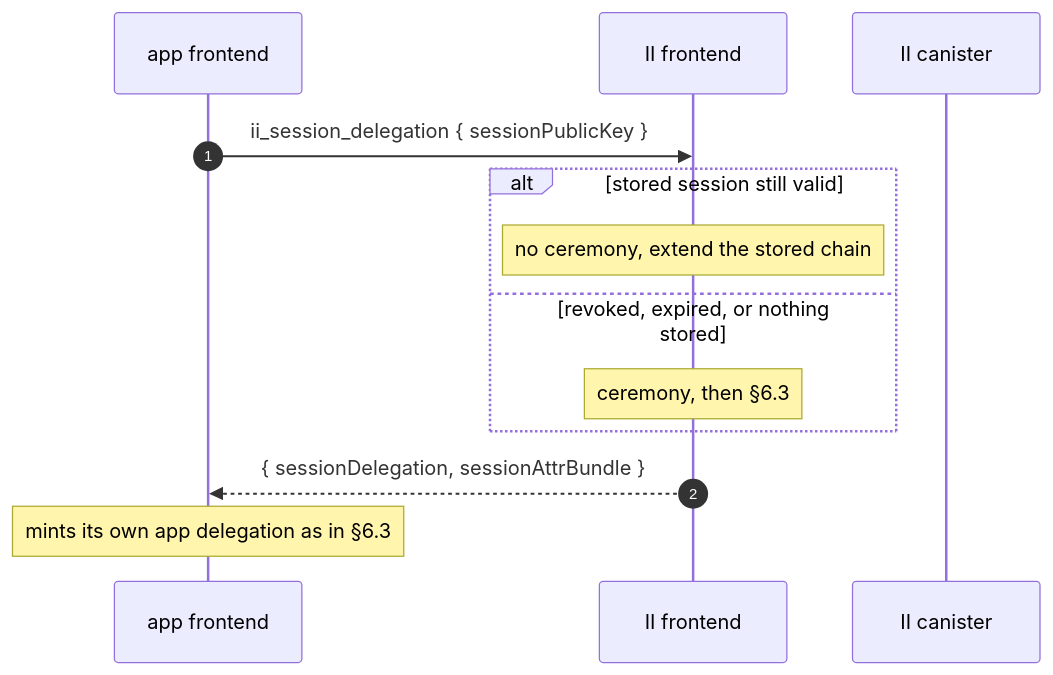
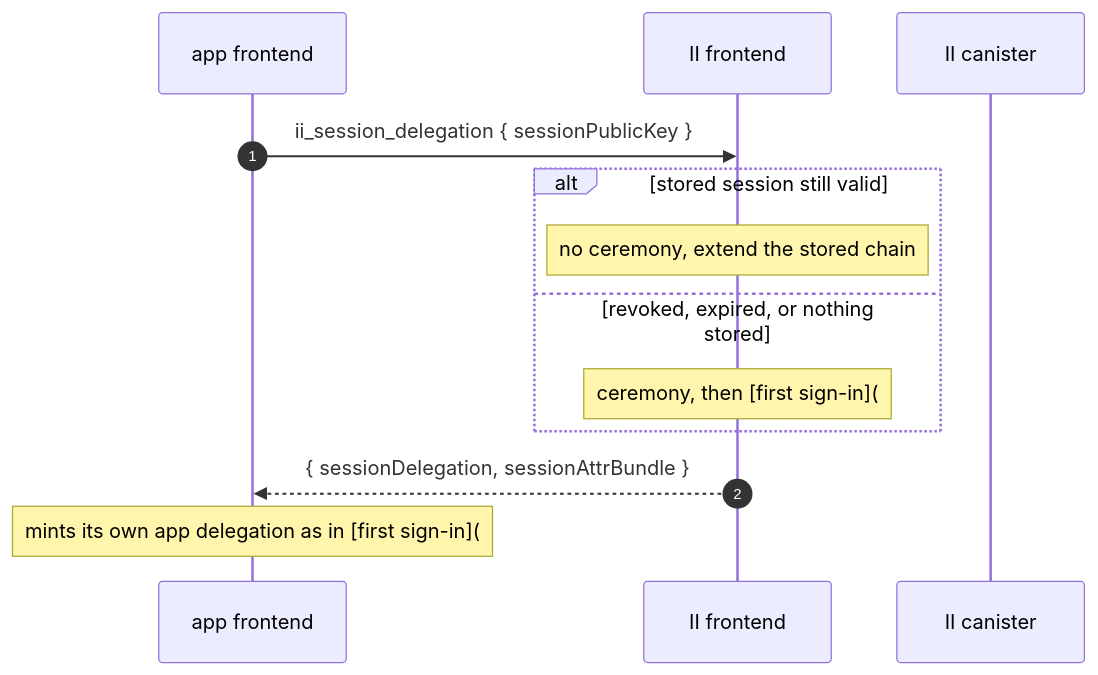
One commit to dfinity/internet-identity changed the seventh of 10 diagrams in docs/ongoing/revocable-app-sessions.md. Above: the diagram before and after it, drawn with Mermaid. The commit also changed other lines of this file, not shown here.

````diff
--- a/docs/ongoing/revocable-app-sessions.md
+++ b/docs/ongoing/revocable-app-sessions.md
@@ -332,15 +393,15 @@
 ```mermaid
 sequenceDiagram
     autonumber
     participant App as app frontend
     participant IIF as II frontend
     participant IIC as II canister
     App->>IIF: ii_session_delegation { sessionPublicKey }
     alt stored session still valid
         Note over IIF: no ceremony, extend the stored chain
     else revoked, expired, or nothing stored
-        Note over IIF: ceremony, then §6.3
+        Note over IIF: ceremony, then [first sign-in](#first-sign-in)
     end
     IIF-->>App: { sessionDelegation, sessionAttrBundle }
-    Note over App: mints its own app delegation as in §6.3
+    Note over App: mints its own app delegation as in [first sign-in](#first-sign-in)
 ```
````
